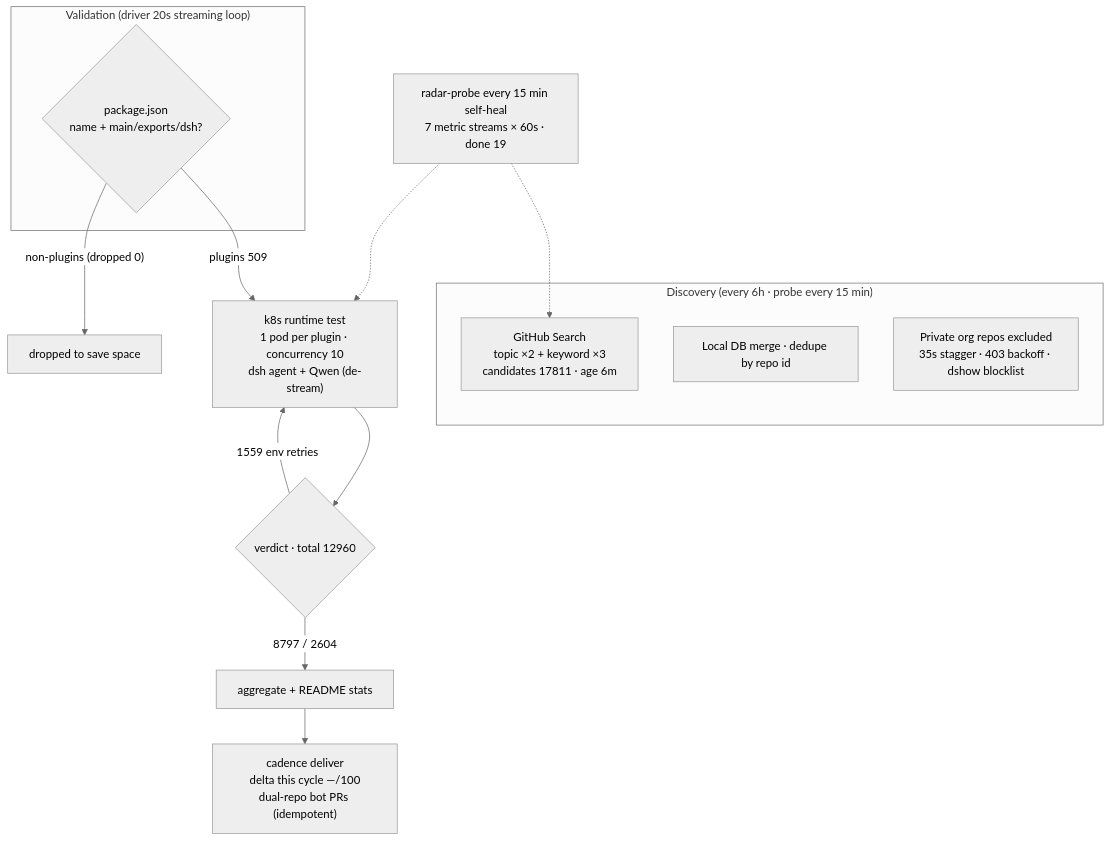
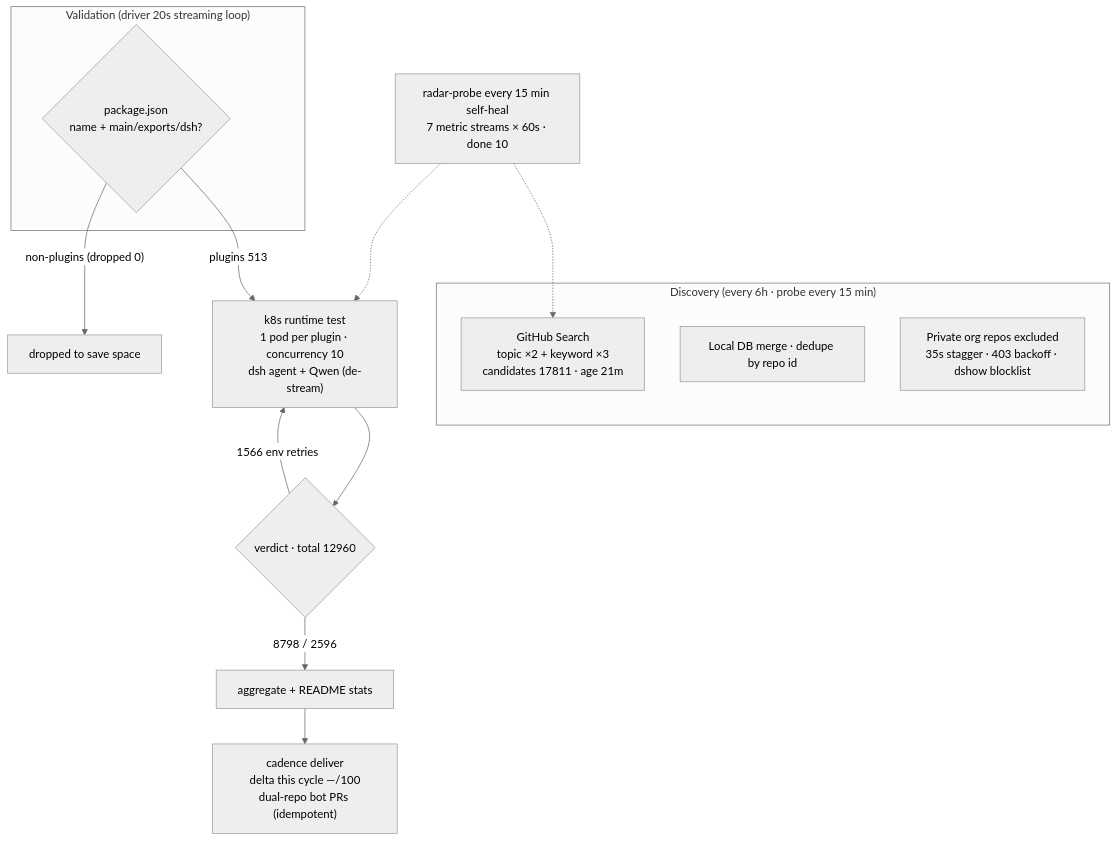
One commit to AdamPlatin123/awesome-dsh-plugins changed the diagram in README.en-US.md. Above: the diagram before and after it, drawn with Mermaid (neutral theme). The commit also changed other lines of this file and 5 other files, not shown here.

````diff
--- a/README.en-US.md
+++ b/README.en-US.md
@@ -45,20 +45,20 @@
 ```mermaid
 flowchart TB
     subgraph Discovery["Discovery (every 6h · probe every 15 min)"]
-        A1["GitHub Search<br/>topic ×2 + keyword ×3<br/>candidates 17811 · age 6m"]
+        A1["GitHub Search<br/>topic ×2 + keyword ×3<br/>candidates 17811 · age 21m"]
         A2["Local DB merge · dedupe by repo id"]
         A3["Private org repos excluded<br/>35s stagger · 403 backoff · dshow blocklist"]
     end
     subgraph Validation["Validation (driver 20s streaming loop)"]
         B1{"package.json<br/>name + main/exports/dsh?"}
     end
-    B1 -->|"plugins 509"| C1["k8s runtime test<br/>1 pod per plugin · concurrency 10<br/>dsh agent + Qwen (de-stream)"]
+    B1 -->|"plugins 513"| C1["k8s runtime test<br/>1 pod per plugin · concurrency 10<br/>dsh agent + Qwen (de-stream)"]
     B1 -->|"non-plugins (dropped 0)"| B3["dropped to save space"]
     C1 --> D1{"verdict · total 12960"}
-    D1 -->|"8797 / 2604"| E1["aggregate + README stats"]
-    D1 -->|"1559 env retries"| C1
+    D1 -->|"8798 / 2596"| E1["aggregate + README stats"]
+    D1 -->|"1566 env retries"| C1
     E1 --> E2["cadence deliver<br/>delta this cycle —/100<br/>dual-repo bot PRs (idempotent)"]
-    M["radar-probe every 15 min self-heal<br/>7 metric streams × 60s · done 19"]
+    M["radar-probe every 15 min self-heal<br/>7 metric streams × 60s · done 10"]
     M -.-> A1
     M -.-> C1
 ```
````
